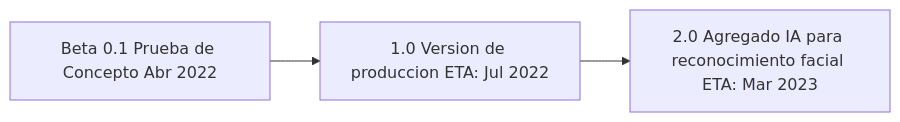
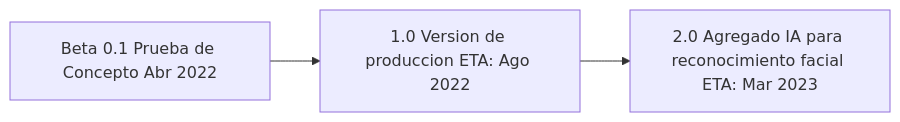
The diagram in README.md (G4sp4rCS/hackitba), drawn with Mermaid before and after one commit. The commit also changed other lines of this file, not shown here.

````diff
--- a/README.md
+++ b/README.md
@@ -59,4 +62,4 @@
 ```mermaid
 graph LR
-A[Beta 0.1 Prueba de Concepto Abr 2022]-->B[1.0 Version de produccion ETA: Jul 2022] --> C[2.0 Agregado IA para reconocimiento facial ETA: Mar 2023] 
+A[Beta 0.1 Prueba de Concepto Abr 2022]-->B[1.0 Version de produccion ETA: Ago 2022] --> C[2.0 Agregado IA para reconocimiento facial ETA: Mar 2023] 
 ```
````
